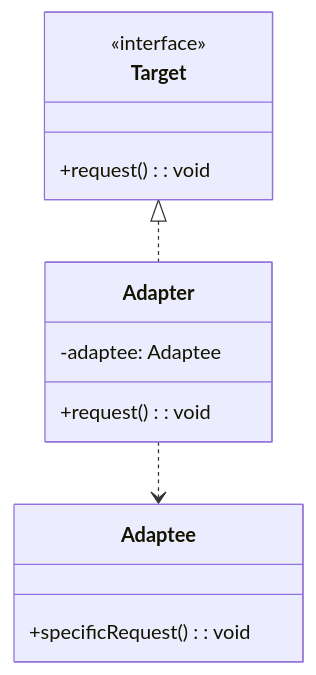
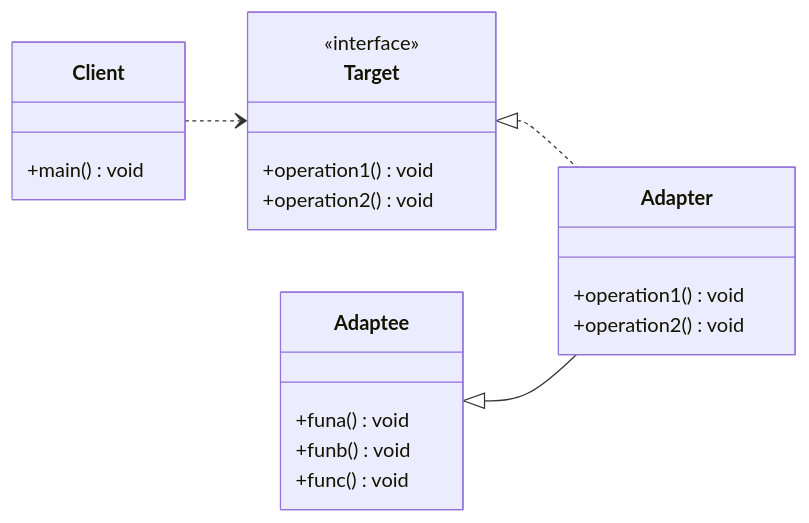
Before and after one commit to InfiniteAstral/notes: the fifth of 11 diagrams in 计算机科学/面向对象设计与Java编程/9 设计模式/9-1 设计模式概述.md, drawn with Mermaid. The commit also changed other lines of this file, not shown here.

Commit message:
feat: update mermaid class diagram 计算机科学/面向对象设计与Java编程/9 设计模式/9-1 设计模式概述.md

````diff
--- a/计算机科学/面向对象设计与Java编程/9 设计模式/9-1 设计模式概述.md
+++ b/计算机科学/面向对象设计与Java编程/9 设计模式/9-1 设计模式概述.md
@@ -193,17 +231,25 @@
-```mermaid
-classDiagram
+  ```mermaid
+  classDiagram
+    direction LR
+    class Client {
+      +main() void
+    }
     class Target {
-        <<interface>>
-        +request(): void
+      <<interface>>
+      +operation1() void
+      +operation2() void
     }
     class Adaptee {
-        +specificRequest(): void
+      +funa() void
+      +funb() void
+      +func() void
     }
     class Adapter {
-        -adaptee: Adaptee
-        +request(): void
+      +operation1() void
+      +operation2() void
     }
 
+    Client ..> Target
     Target <|.. Adapter
-    Adapter ..> Adaptee
-```
+    Adaptee <|-- Adapter
+  ```
````
